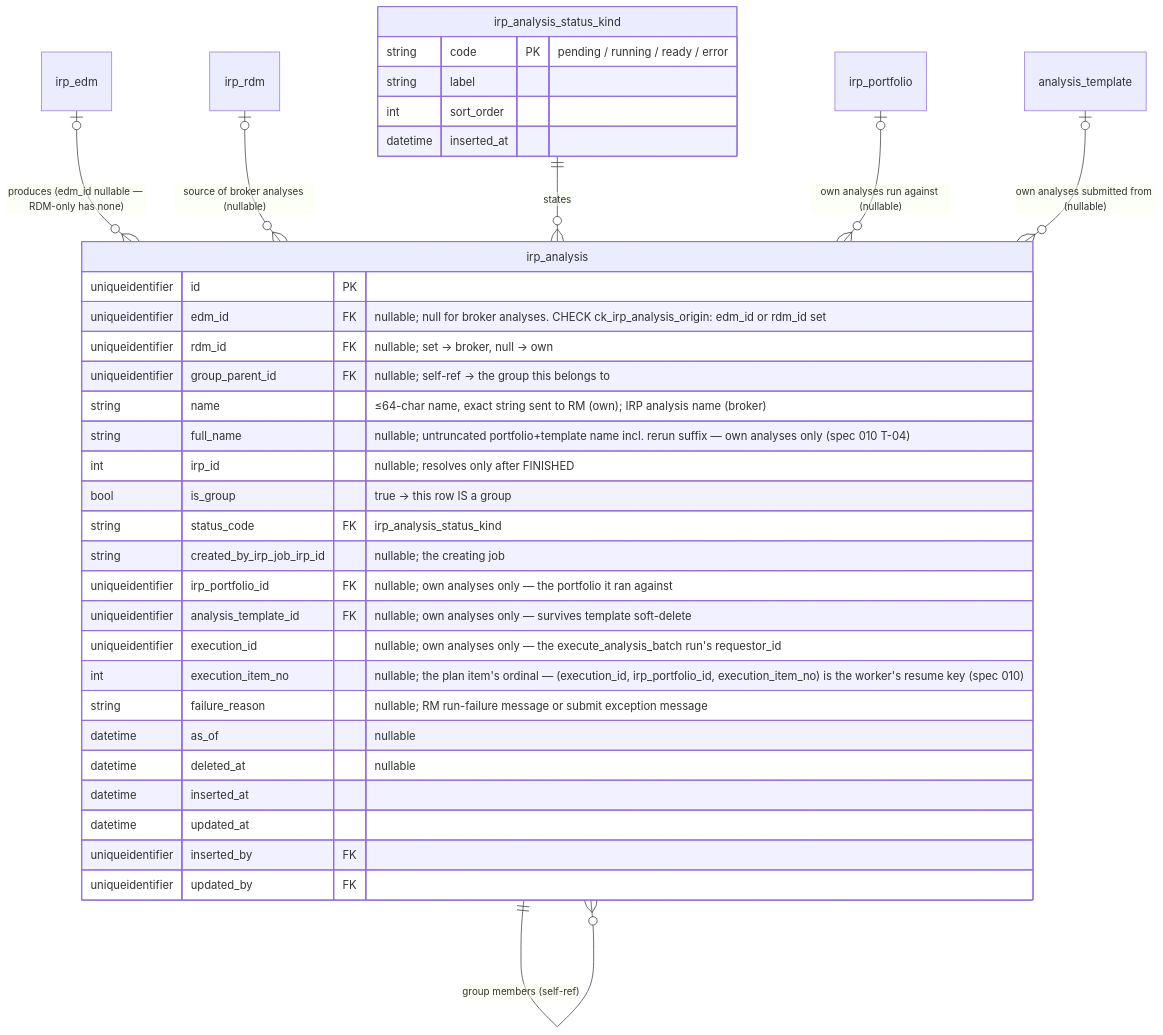
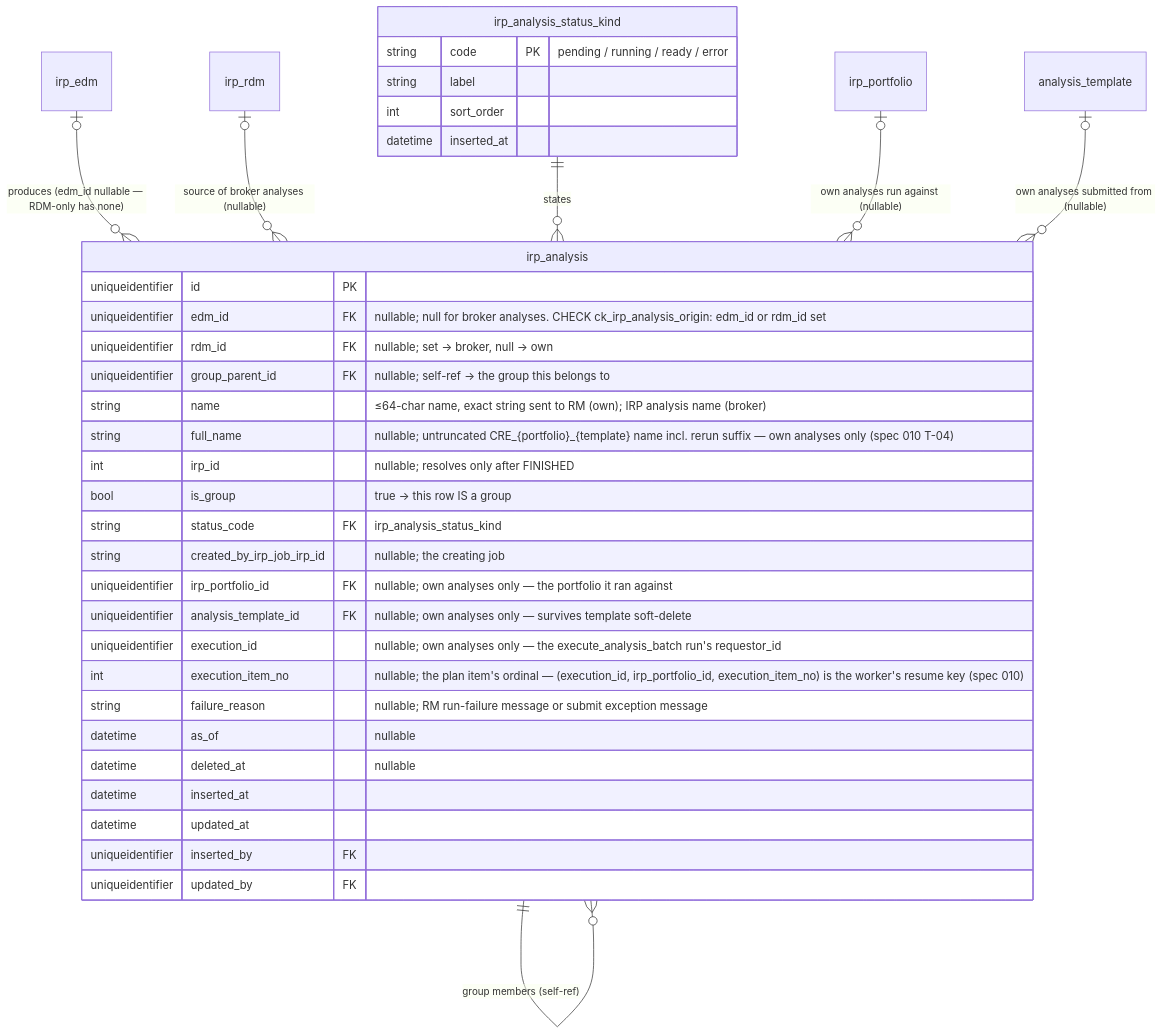
The fourth of 9 diagrams in docs/DATA_MODEL.md (anilvenugopal/risk-workbench), drawn with Mermaid before and after one commit. The commit also changed 10 other files, not shown here.

First line of the commit message:
Name analyses CRE_{portfolio}_{template} with _n rerun suffix

````diff
--- a/docs/DATA_MODEL.md
+++ b/docs/DATA_MODEL.md
@@ -262,40 +262,40 @@
 ```mermaid
 erDiagram
   irp_edm |o--o{ irp_analysis : "produces (edm_id nullable — RDM-only has none)"
   irp_rdm |o--o{ irp_analysis : "source of broker analyses (nullable)"
   irp_analysis ||--o{ irp_analysis : "group members (self-ref)"
   irp_analysis_status_kind ||--o{ irp_analysis : states
 
   irp_portfolio |o--o{ irp_analysis : "own analyses run against (nullable)"
   analysis_template |o--o{ irp_analysis : "own analyses submitted from (nullable)"
 
   irp_analysis {
     uniqueidentifier id PK
     uniqueidentifier edm_id FK "nullable; null for broker analyses. CHECK ck_irp_analysis_origin: edm_id or rdm_id set"
     uniqueidentifier rdm_id FK "nullable; set → broker, null → own"
     uniqueidentifier group_parent_id FK "nullable; self-ref → the group this belongs to"
     string name "≤64-char name, exact string sent to RM (own); IRP analysis name (broker)"
-    string full_name "nullable; untruncated portfolio+template name incl. rerun suffix — own analyses only (spec 010 T-04)"
+    string full_name "nullable; untruncated CRE_{portfolio}_{template} name incl. rerun suffix — own analyses only (spec 010 T-04)"
     int irp_id "nullable; resolves only after FINISHED"
     bool is_group "true → this row IS a group"
     string status_code FK "irp_analysis_status_kind"
     string created_by_irp_job_irp_id "nullable; the creating job"
     uniqueidentifier irp_portfolio_id FK "nullable; own analyses only — the portfolio it ran against"
     uniqueidentifier analysis_template_id FK "nullable; own analyses only — survives template soft-delete"
     uniqueidentifier execution_id "nullable; own analyses only — the execute_analysis_batch run's requestor_id"
     int execution_item_no "nullable; the plan item's ordinal — (execution_id, irp_portfolio_id, execution_item_no) is the worker's resume key (spec 010)"
     string failure_reason "nullable; RM run-failure message or submit exception message"
     datetime as_of "nullable"
     datetime deleted_at "nullable"
     datetime inserted_at
     datetime updated_at
     uniqueidentifier inserted_by FK
     uniqueidentifier updated_by FK
   }
   irp_analysis_status_kind {
     string code PK "pending / running / ready / error"
     string label
     int sort_order
     datetime inserted_at
   }
 ```
````
